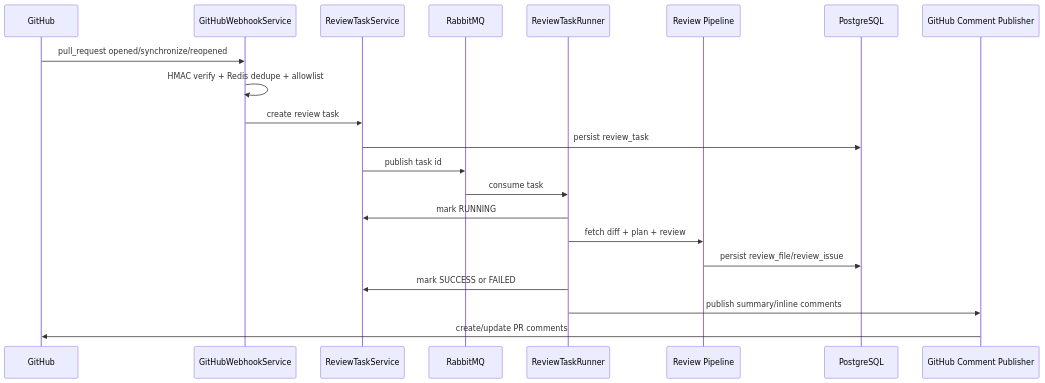
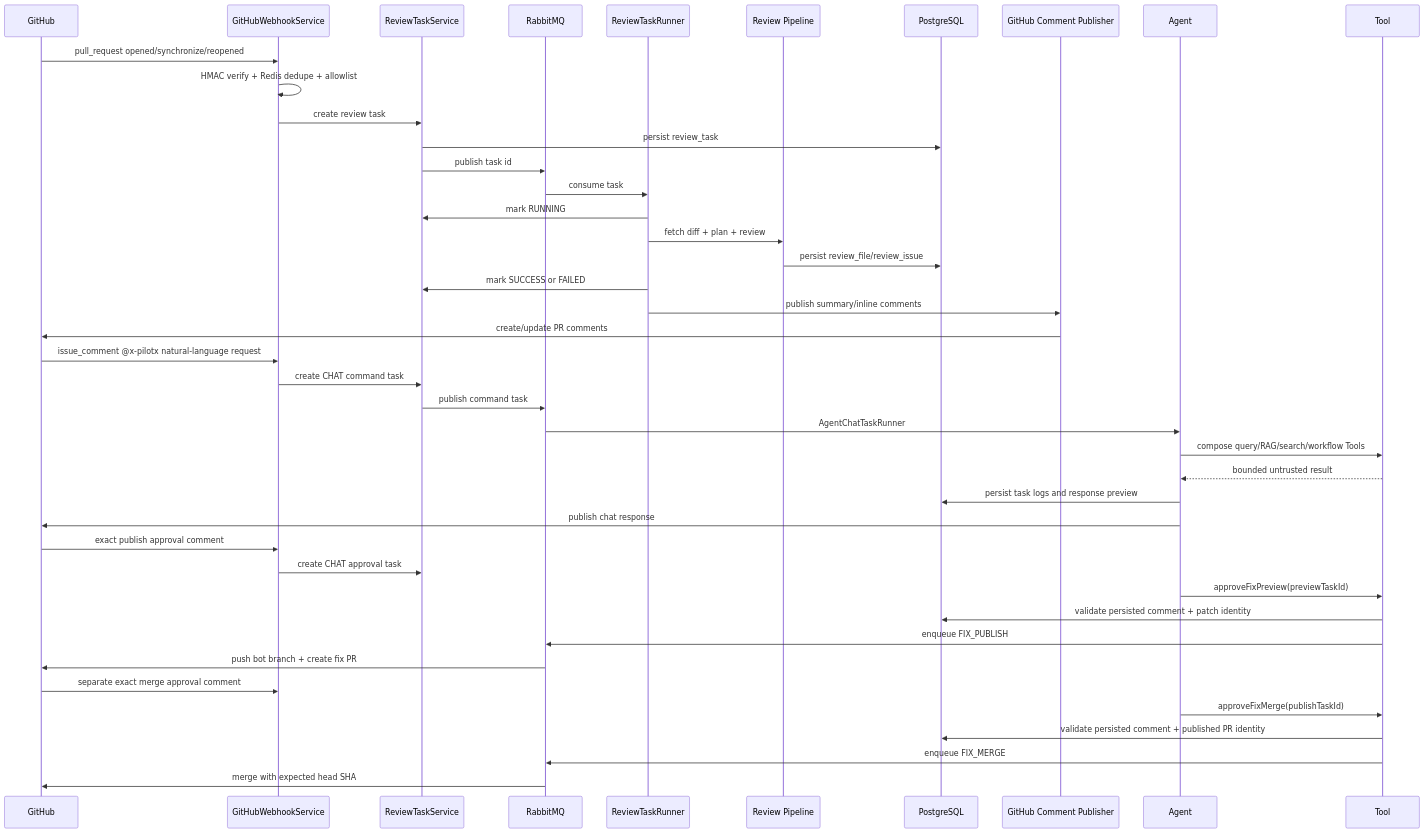
Before and after one commit to liche719/codeAireview: the second of 2 diagrams in docs/architecture.md, drawn with Mermaid. The commit also changed other lines of this file and 110 other files, not shown here.

````diff
--- a/docs/architecture.md
+++ b/docs/architecture.md
@@ -79,24 +94,46 @@
 ```mermaid
 sequenceDiagram
     participant GitHub
     participant Webhook as GitHubWebhookService
     participant Task as ReviewTaskService
     participant MQ as RabbitMQ
     participant Runner as ReviewTaskRunner
     participant Review as Review Pipeline
     participant DB as PostgreSQL
     participant Comment as GitHub Comment Publisher
 
     GitHub->>Webhook: pull_request opened/synchronize/reopened
     Webhook->>Webhook: HMAC verify + Redis dedupe + allowlist
     Webhook->>Task: create review task
     Task->>DB: persist review_task
     Task->>MQ: publish task id
     MQ->>Runner: consume task
     Runner->>Task: mark RUNNING
     Runner->>Review: fetch diff + plan + review
     Review->>DB: persist review_file/review_issue
     Runner->>Task: mark SUCCESS or FAILED
     Runner->>Comment: publish summary/inline comments
     Comment->>GitHub: create/update PR comments
+
+    GitHub->>Webhook: issue_comment @x-pilotx natural-language request
+    Webhook->>Task: create CHAT command task
+    Task->>MQ: publish command task
+    MQ->>Agent: AgentChatTaskRunner
+    Agent->>Tool: compose query/RAG/search/workflow Tools
+    Tool-->>Agent: bounded untrusted result
+    Agent->>DB: persist task logs and response preview
+    Agent->>GitHub: publish chat response
+
+    GitHub->>Webhook: exact publish approval comment
+    Webhook->>Task: create CHAT approval task
+    Agent->>Tool: approveFixPreview(previewTaskId)
+    Tool->>DB: validate persisted comment + patch identity
+    Tool->>MQ: enqueue FIX_PUBLISH
+    MQ->>GitHub: push bot branch + create fix PR
+
+    GitHub->>Webhook: separate exact merge approval comment
+    Agent->>Tool: approveFixMerge(publishTaskId)
+    Tool->>DB: validate persisted comment + published PR identity
+    Tool->>MQ: enqueue FIX_MERGE
+    MQ->>GitHub: merge with expected head SHA
 ```
````
